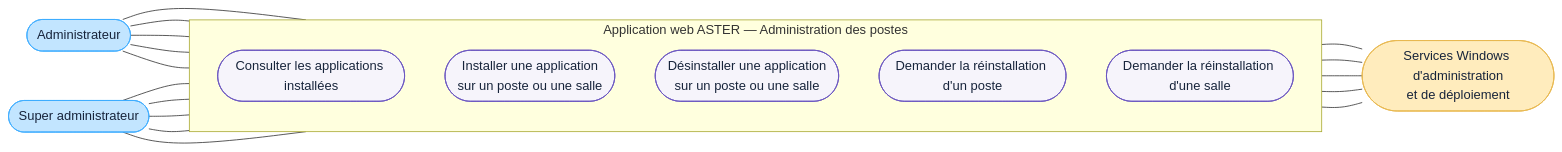
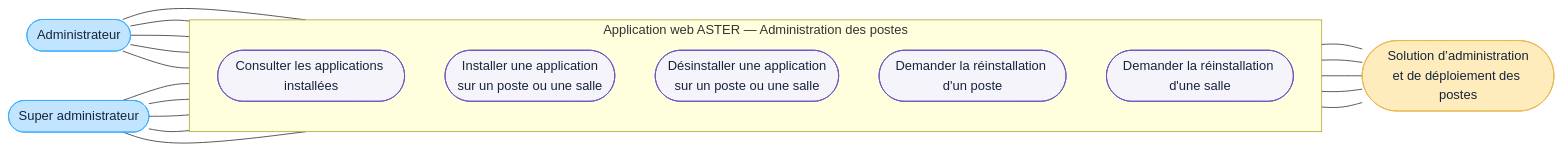
Before and after one commit to bpierrelouis/aster: the diagram in docs/09-DCU-ADMINISTRATION-POSTES.md, drawn with Mermaid. The commit also changed 12 other files, not shown here.

````diff
--- a/docs/09-DCU-ADMINISTRATION-POSTES.md
+++ b/docs/09-DCU-ADMINISTRATION-POSTES.md
@@ -3,40 +3,40 @@
 ```mermaid
 flowchart LR
     administrateur(["Administrateur"])
     superAdministrateur(["Super administrateur"])
 
     subgraph aster["Application web ASTER — Administration des postes"]
         direction TB
         consulterApplications(["Consulter les applications installées"])
         installerApplication(["Installer une application<br/>sur un poste ou une salle"])
         desinstallerApplication(["Désinstaller une application<br/>sur un poste ou une salle"])
         demanderPoste(["Demander la réinstallation d'un poste"])
         demanderSalle(["Demander la réinstallation d'une salle"])
     end
 
-    servicesWindows(["Services Windows d'administration<br/>et de déploiement"])
+    administrationDistante(["Solution d’administration<br/>et de déploiement des postes"])
 
     administrateur --- consulterApplications
     administrateur --- installerApplication
     administrateur --- desinstallerApplication
     administrateur --- demanderPoste
     administrateur --- demanderSalle
     superAdministrateur --- consulterApplications
     superAdministrateur --- installerApplication
     superAdministrateur --- desinstallerApplication
     superAdministrateur --- demanderPoste
     superAdministrateur --- demanderSalle
 
-    consulterApplications --- servicesWindows
-    installerApplication --- servicesWindows
-    desinstallerApplication --- servicesWindows
-    demanderPoste --- servicesWindows
-    demanderSalle --- servicesWindows
+    consulterApplications --- administrationDistante
+    installerApplication --- administrationDistante
+    desinstallerApplication --- administrationDistante
+    demanderPoste --- administrationDistante
+    demanderSalle --- administrationDistante
 
     classDef acteur fill:#C2E5FF,stroke:#3DADFF,color:#17243B
     classDef acteurSecondaire fill:#FFECBD,stroke:#E8B84E,color:#17243B
     classDef cas fill:#F6F4FB,stroke:#6954C0,color:#17243B
     class administrateur,superAdministrateur acteur
-    class servicesWindows acteurSecondaire
+    class administrationDistante acteurSecondaire
     class consulterApplications,installerApplication,desinstallerApplication,demanderPoste,demanderSalle cas
 ```
````
